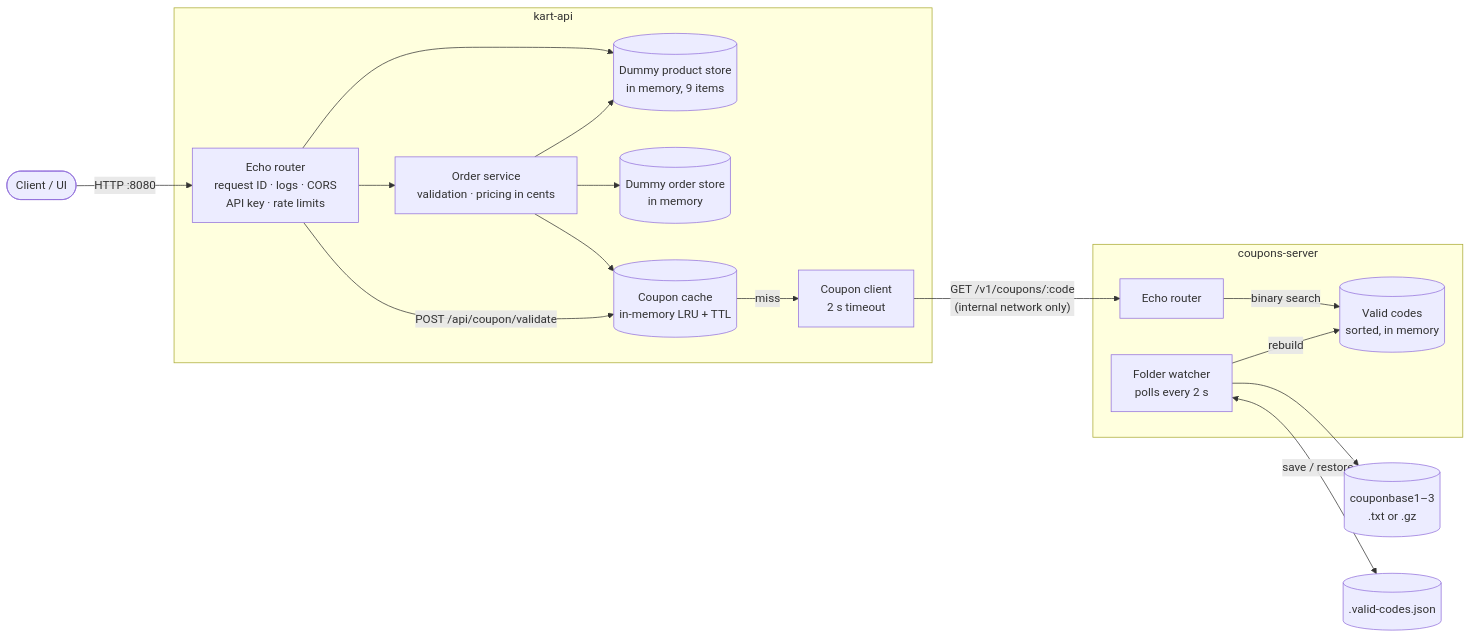
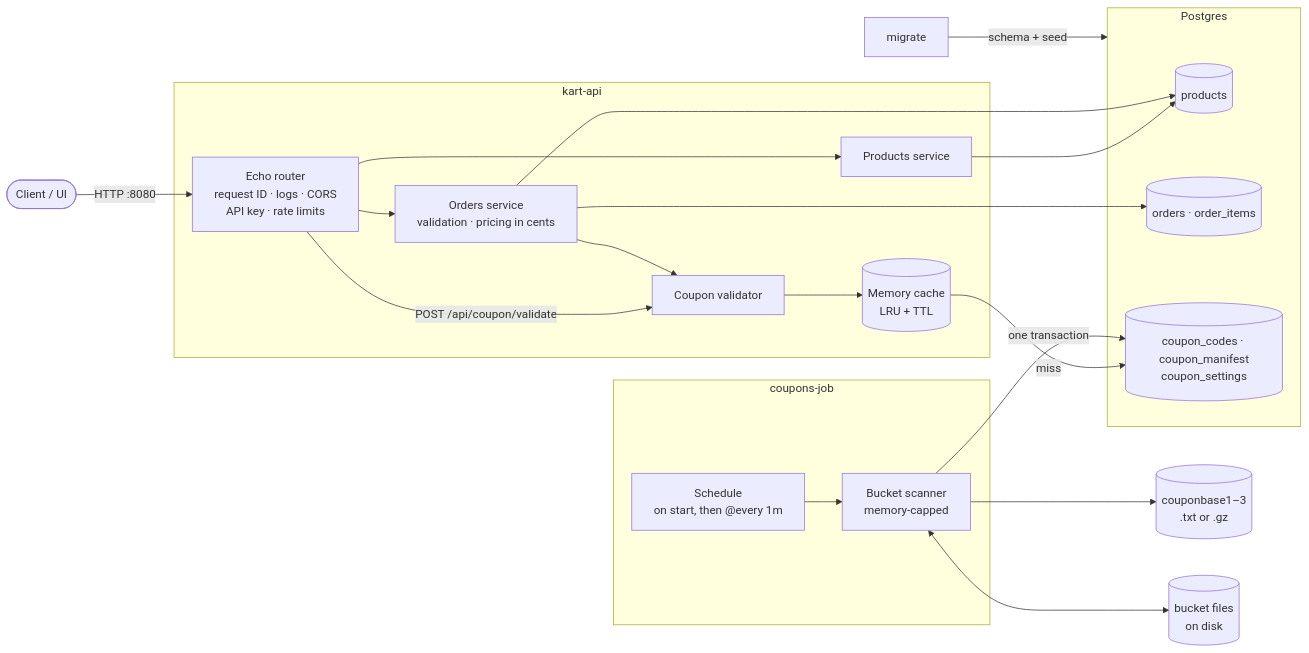
Before and after one commit to sam97/oolio-kart: the diagram in ARCHITECTURE.md, drawn with Mermaid. The commit also changed other lines of this file and 1 other file, not shown here.

First line of the commit message:
Rewrite the README and architecture docs for v2

````diff
--- a/ARCHITECTURE.md
+++ b/ARCHITECTURE.md
@@ -33,34 +40,40 @@
 ```mermaid
 flowchart LR
     ui([Client / UI]) -->|HTTP :8080| router
 
     subgraph kart["kart-api"]
         router["Echo router<br/>request ID · logs · CORS<br/>API key · rate limits"]
-        orders["Order service<br/>validation · pricing in cents"]
-        products[("Dummy product store<br/>in memory, 9 items")]
-        orderstore[("Dummy order store<br/>in memory")]
-        cache[("Coupon cache<br/>in-memory LRU + TTL")]
-        client["Coupon client<br/>2 s timeout"]
+        products["Products service"]
+        orders["Orders service<br/>validation · pricing in cents"]
+        validator["Coupon validator"]
+        cache[("Memory cache<br/>LRU + TTL")]
 
         router --> products
         router --> orders
-        router -->|POST /api/coupon/validate| cache
-        orders --> products
-        orders --> orderstore
-        orders --> cache
-        cache -->|miss| client
+        router -->|POST /api/coupon/validate| validator
+        orders --> validator
+        validator --> cache
     end
 
-    client -->|"GET /v1/coupons/:code<br/>(internal network only)"| lookup
-
-    subgraph couponsvc["coupons-server"]
-        lookup["Echo router"]
-        codes[("Valid codes<br/>sorted, in memory")]
-        watcher["Folder watcher<br/>polls every 2 s"]
-        lookup -->|binary search| codes
-        watcher -->|rebuild| codes
+    subgraph db["Postgres"]
+        catalogue[("products")]
+        orderrows[("orders · order_items")]
+        codes[("coupon_codes · coupon_manifest<br/>coupon_settings")]
     end
 
-    watcher --> files[("couponbase1–3<br/>.txt or .gz")]
-    watcher <-->|save / restore| saved[(".valid-codes.json")]
+    products --> catalogue
+    orders --> catalogue
+    orders --> orderrows
+    cache -->|miss| codes
+
+    subgraph job["coupons-job"]
+        schedule["Schedule<br/>on start, then @every 1m"]
+        scanner["Bucket scanner<br/>memory-capped"]
+        schedule --> scanner
+    end
+
+    scanner --> files[("couponbase1–3<br/>.txt or .gz")]
+    scanner <--> buckets[("bucket files<br/>on disk")]
+    scanner -->|one transaction| codes
+    migrate["migrate"] -->|schema + seed| db
 ```
````
